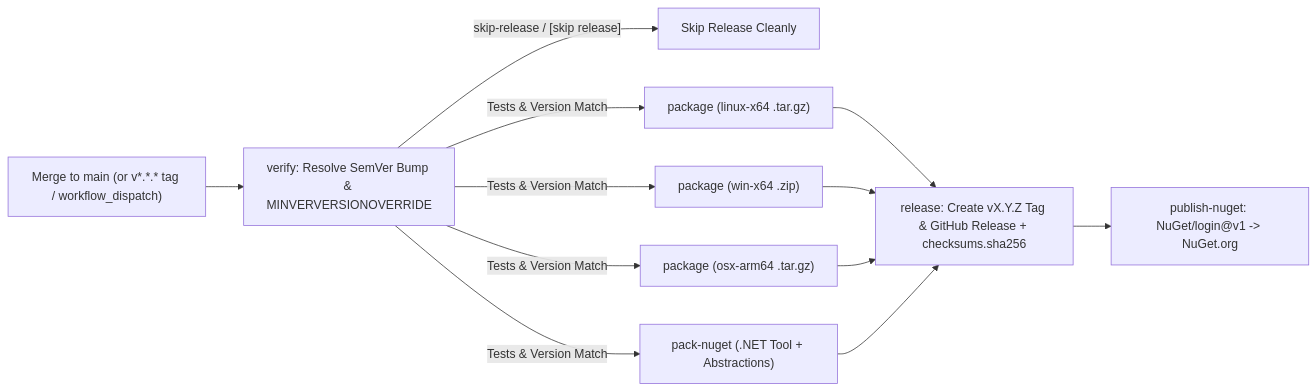
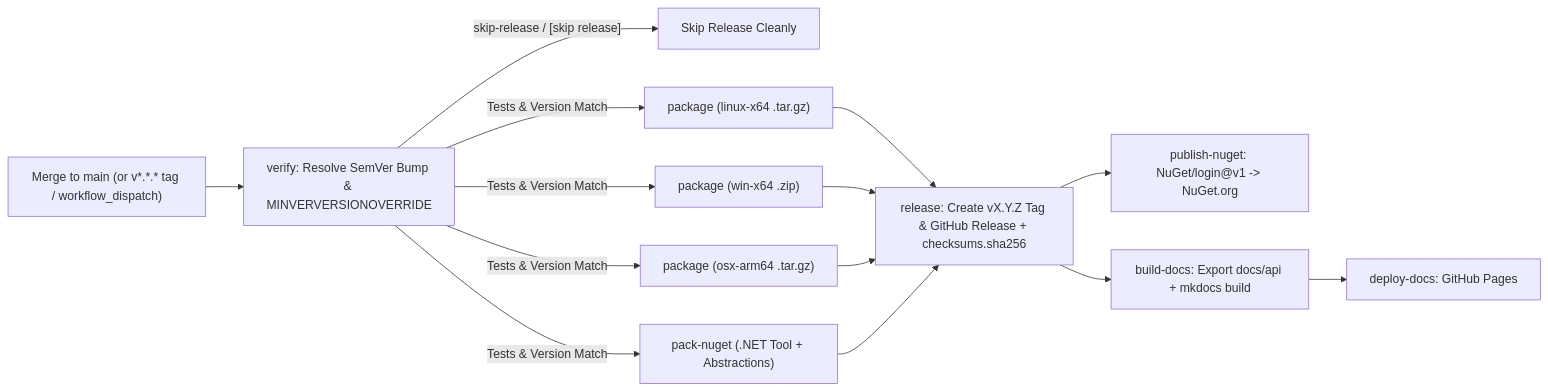
The fifth of 5 diagrams in docs/developer/scripts-and-automation.md (trodent83/documentation-exporter), drawn with Mermaid before and after one commit. The commit also changed other lines of this file and 9 other files, not shown here.

````diff
--- a/docs/developer/scripts-and-automation.md
+++ b/docs/developer/scripts-and-automation.md
@@ -211,14 +211,16 @@
 ```mermaid
 flowchart LR
     Merge["Merge to main (or v*.*.* tag / workflow_dispatch)"] --> Bump["verify: Resolve SemVer Bump & MINVERVERSIONOVERRIDE"]
     Bump -->|"skip-release / [skip release]"| Skip["Skip Release Cleanly"]
     Bump -->|"Tests & Version Match"| PkgLinux["package (linux-x64 .tar.gz)"]
     Bump -->|"Tests & Version Match"| PkgWin["package (win-x64 .zip)"]
     Bump -->|"Tests & Version Match"| PkgMac["package (osx-arm64 .tar.gz)"]
     Bump -->|"Tests & Version Match"| PackNuget["pack-nuget (.NET Tool + Abstractions)"]
     PkgLinux --> Release["release: Create vX.Y.Z Tag & GitHub Release + checksums.sha256"]
     PkgWin --> Release
     PkgMac --> Release
     PackNuget --> Release
     Release --> NuGet["publish-nuget: NuGet/login@v1 -> NuGet.org"]
+    Release --> BuildDocs["build-docs: Export docs/api + mkdocs build"]
+    BuildDocs --> DeployDocs["deploy-docs: GitHub Pages"]
 ```
````
